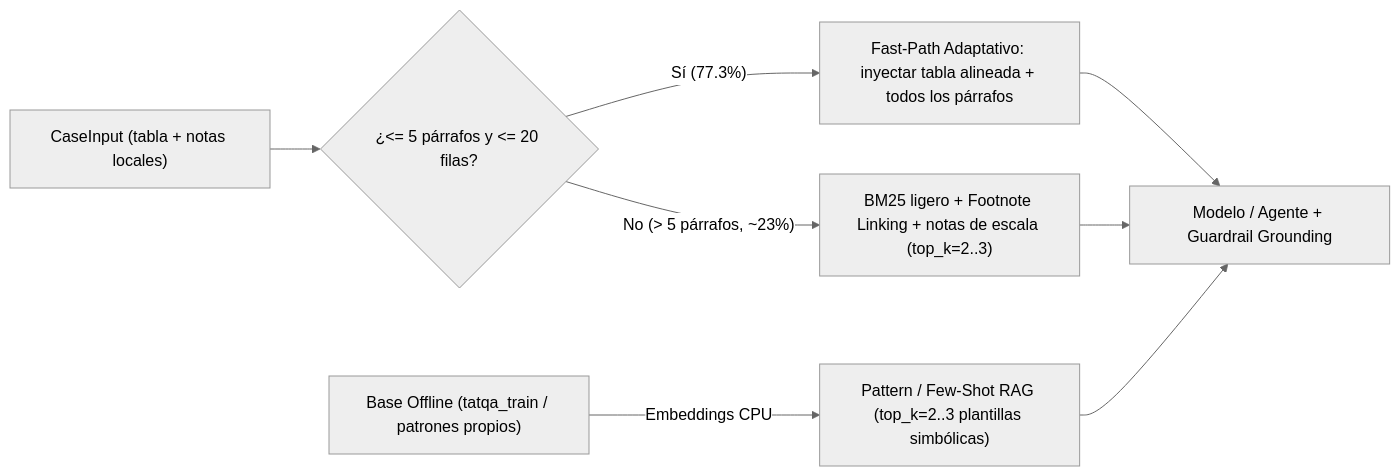
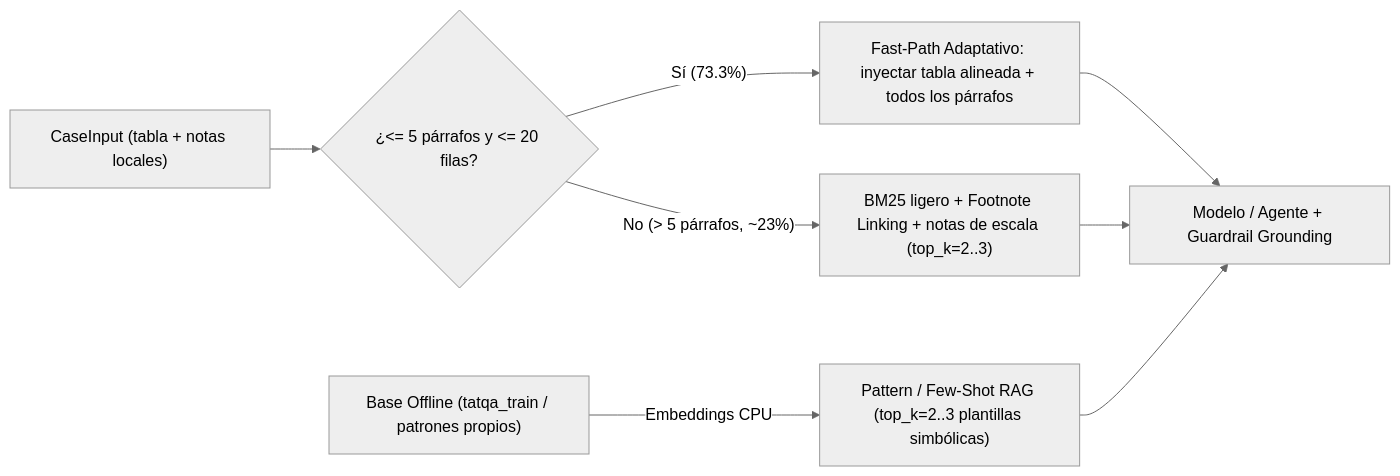
One commit to chebaperez/aieng-utn-rag-challenge changed the fourth of 5 diagrams in docs/GUIA_DIDACTICA.md. Above: the diagram before and after it, drawn with Mermaid (neutral theme). The commit also changed other lines of this file and 10 other files, not shown here.

````diff
--- a/docs/GUIA_DIDACTICA.md
+++ b/docs/GUIA_DIDACTICA.md
@@ -428,10 +429,10 @@
 ```mermaid
 flowchart LR
     CI["CaseInput (tabla + notas locales)"] --> R{"¿<= 5 párrafos y <= 20 filas?"}
-    R -->|"Sí (77.3%)"| FP["Fast-Path Adaptativo: inyectar tabla alineada + todos los párrafos"]
+    R -->|"Sí (73.3%)"| FP["Fast-Path Adaptativo: inyectar tabla alineada + todos los párrafos"]
     R -->|"No (> 5 párrafos, ~23%)"| AD["BM25 ligero + Footnote Linking + notas de escala (top_k=2..3)"]
     KB["Base Offline (tatqa_train / patrones propios)"] -->|"Embeddings CPU"| PR["Pattern / Few-Shot RAG (top_k=2..3 plantillas simbólicas)"]
     FP --> LLM["Modelo / Agente + Guardrail Grounding"]
     AD --> LLM
     PR --> LLM
 ```
````
